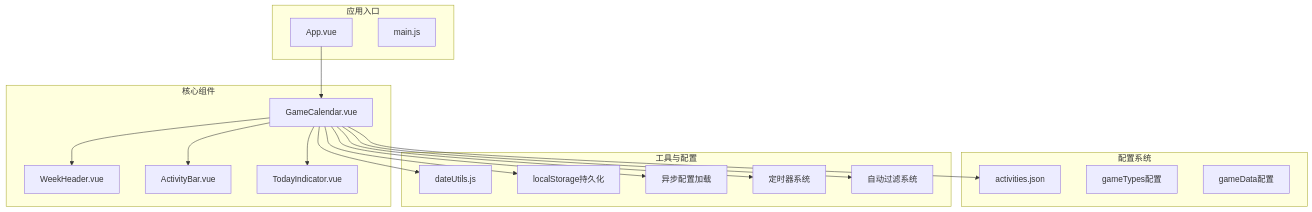
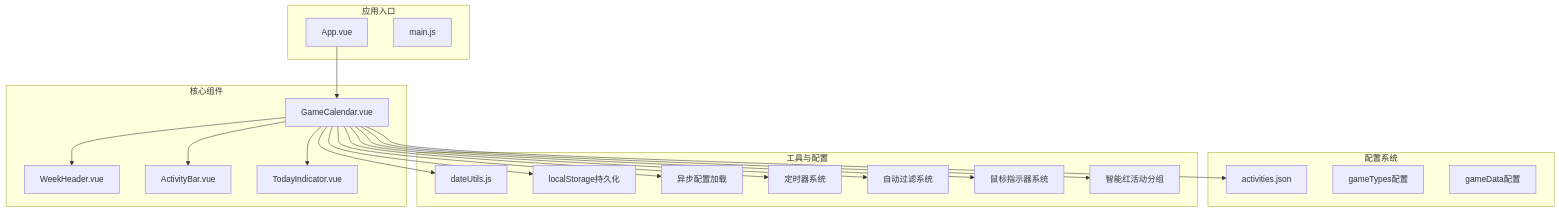
The first of 11 diagrams in .qoder/repowiki/zh/content/核心组件/GameCalendar 主容器组件.md (xuanyulingnfeg/gameCalendar), drawn with Mermaid before and after one commit. The commit also changed other lines of this file and 4 other files, not shown here.

````diff
--- a/.qoder/repowiki/zh/content/核心组件/GameCalendar 主容器组件.md
+++ b/.qoder/repowiki/zh/content/核心组件/GameCalendar 主容器组件.md
@@ -46,35 +48,39 @@
 ```mermaid
 graph TB
 subgraph "应用入口"
 App[App.vue]
 Main[main.js]
 end
 subgraph "核心组件"
 GameCalendar[GameCalendar.vue]
 WeekHeader[WeekHeader.vue]
 ActivityBar[ActivityBar.vue]
 TodayIndicator[TodayIndicator.vue]
 end
 subgraph "配置系统"
 Activities[activities.json]
 GameTypes[gameTypes配置]
 GameData[gameData配置]
 end
 subgraph "工具与配置"
 DateUtils[dateUtils.js]
 LocalStorage[localStorage持久化]
 AsyncLoader[异步配置加载]
 Timer[定时器系统]
 AutoFilter[自动过滤系统]
+MouseIndicator[鼠标指示器系统]
+SmartRedGroup[智能红活动分组]
 end
 App --> GameCalendar
 GameCalendar --> WeekHeader
 GameCalendar --> TodayIndicator
 GameCalendar --> ActivityBar
 GameCalendar --> DateUtils
 GameCalendar --> Activities
 GameCalendar --> LocalStorage
 GameCalendar --> AsyncLoader
 GameCalendar --> Timer
 GameCalendar --> AutoFilter
+GameCalendar --> MouseIndicator
+GameCalendar --> SmartRedGroup
 ```
````
